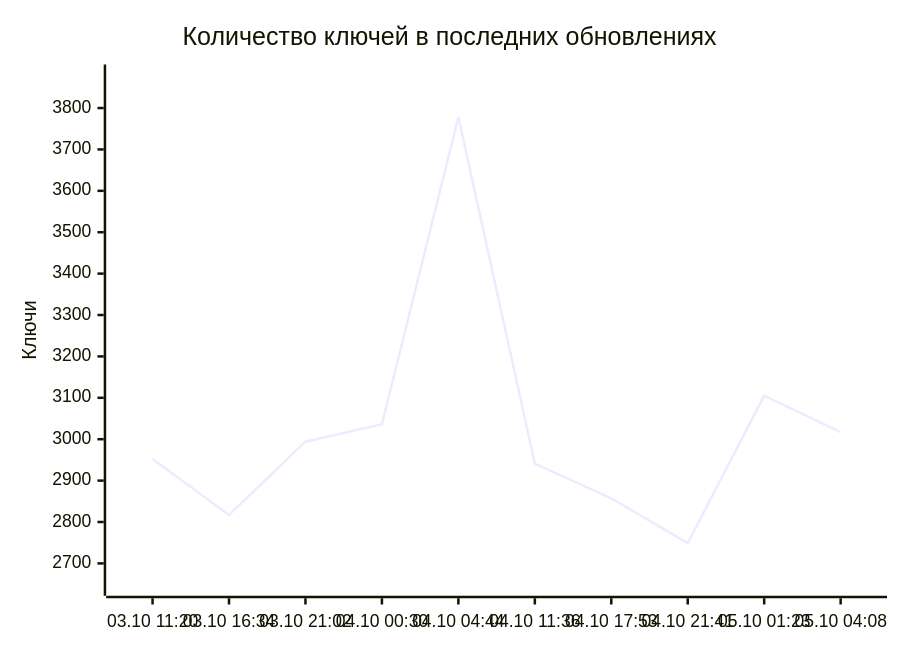
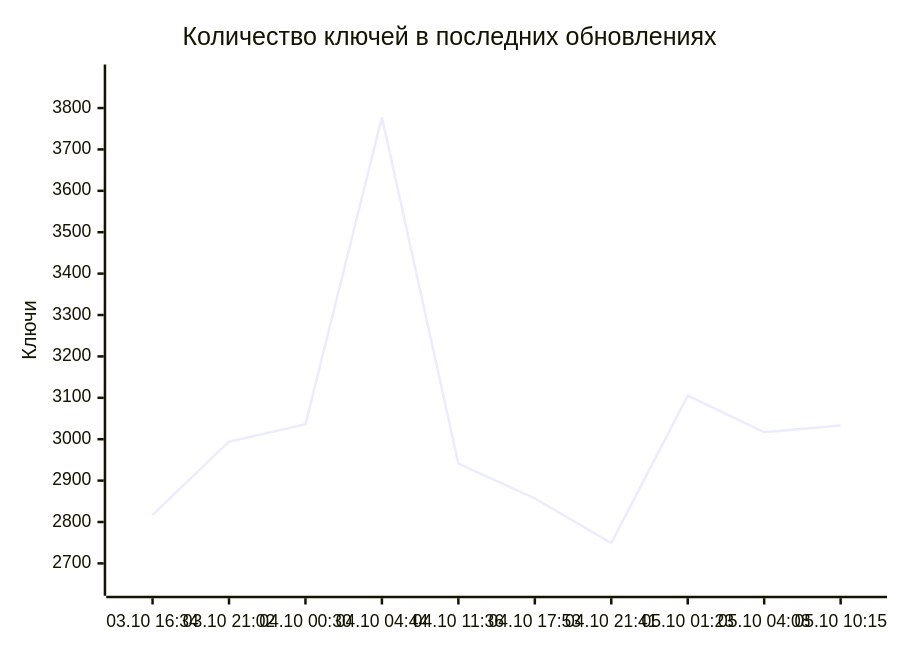
Before and after one commit to markKikhtenko/WireVeil: the diagram in README.md, drawn with Mermaid. The commit also changed other lines of this file and 12 other files, not shown here.

````diff
--- a/README.md
+++ b/README.md
@@ -55,7 +55,7 @@
 ```mermaid
 xychart-beta
     title "Количество ключей в последних обновлениях"
-    x-axis ["03.10 11:20", "03.10 16:34", "03.10 21:02", "04.10 00:30", "04.10 04:44", "04.10 11:36", "04.10 17:53", "04.10 21:41", "05.10 01:23", "05.10 04:08"]
+    x-axis ["03.10 16:34", "03.10 21:02", "04.10 00:30", "04.10 04:44", "04.10 11:36", "04.10 17:53", "04.10 21:41", "05.10 01:23", "05.10 04:08", "05.10 10:15"]
     y-axis "Ключи" 2646 --> 3881
-    line [2952, 2817, 2994, 3036, 3778, 2941, 2857, 2749, 3105, 3017]
+    line [2817, 2994, 3036, 3778, 2941, 2857, 2749, 3105, 3017, 3033]
 ```
````
